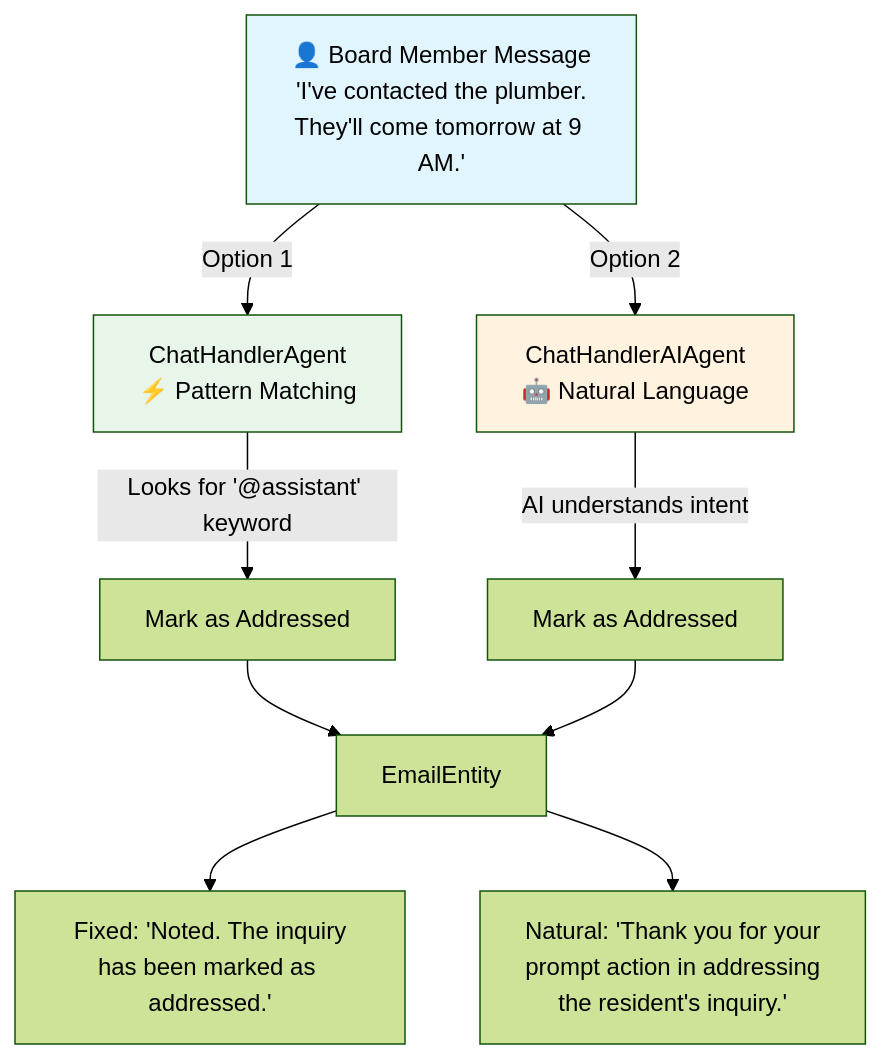
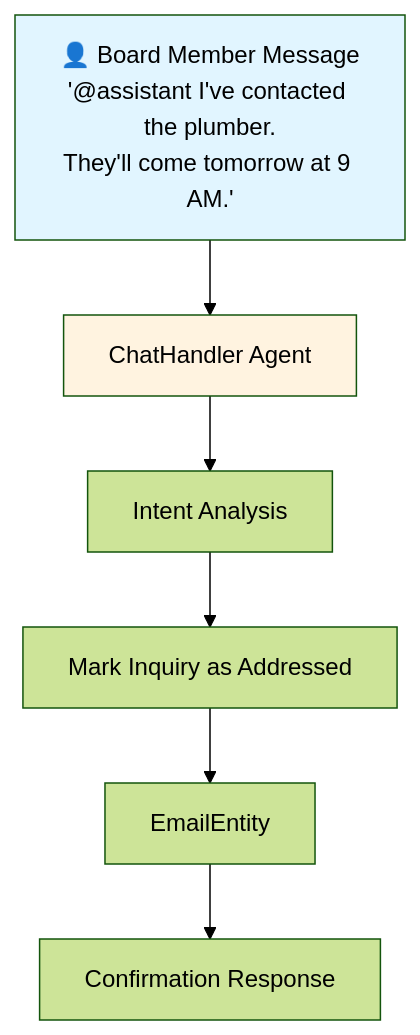
Before and after one commit to wbern/community-assistant: the fourth of 4 diagrams in ARCHITECTURE.md, drawn with Mermaid (forest theme). The commit also changed other lines of this file and 2 other files, not shown here.

````diff
--- a/ARCHITECTURE.md
+++ b/ARCHITECTURE.md
@@ -139,20 +111,13 @@
 ```mermaid
 graph TD
-    BoardMsg["👤 Board Member Message<br/>'I've contacted the plumber.<br/>They'll come tomorrow at 9 AM.'"]
+    BoardMsg["👤 Board Member Message<br/>'@assistant I've contacted the plumber.<br/>They'll come tomorrow at 9 AM.'"]
 
-    BoardMsg -->|Option 1| LoFi[ChatHandlerAgent<br/>⚡ Pattern Matching]
-    BoardMsg -->|Option 2| AI[ChatHandlerAIAgent<br/>🤖 Natural Language]
+    BoardMsg --> Handler[ChatHandler Agent]
+    Handler --> Analysis[Intent Analysis]
+    Analysis --> Action[Mark Inquiry as Addressed]
+    Action --> Entity[EmailEntity]
+    Entity --> Response[Confirmation Response]
 
-    LoFi -->|"Looks for '@assistant' keyword"| LoFiAction[Mark as Addressed]
-    AI -->|"AI understands intent"| AIAction[Mark as Addressed]
-
-    LoFiAction --> Entity[EmailEntity]
-    AIAction --> Entity
-
-    Entity --> LoFiReply["Fixed: 'Noted. The inquiry<br/>has been marked as addressed.'"]
-    Entity --> AIReply["Natural: 'Thank you for your<br/>prompt action in addressing<br/>the resident's inquiry.'"]
-
-    style LoFi fill:#e8f5e9
-    style AI fill:#fff3e0
     style BoardMsg fill:#e1f5ff
+    style Handler fill:#fff3e0
 ```
````
